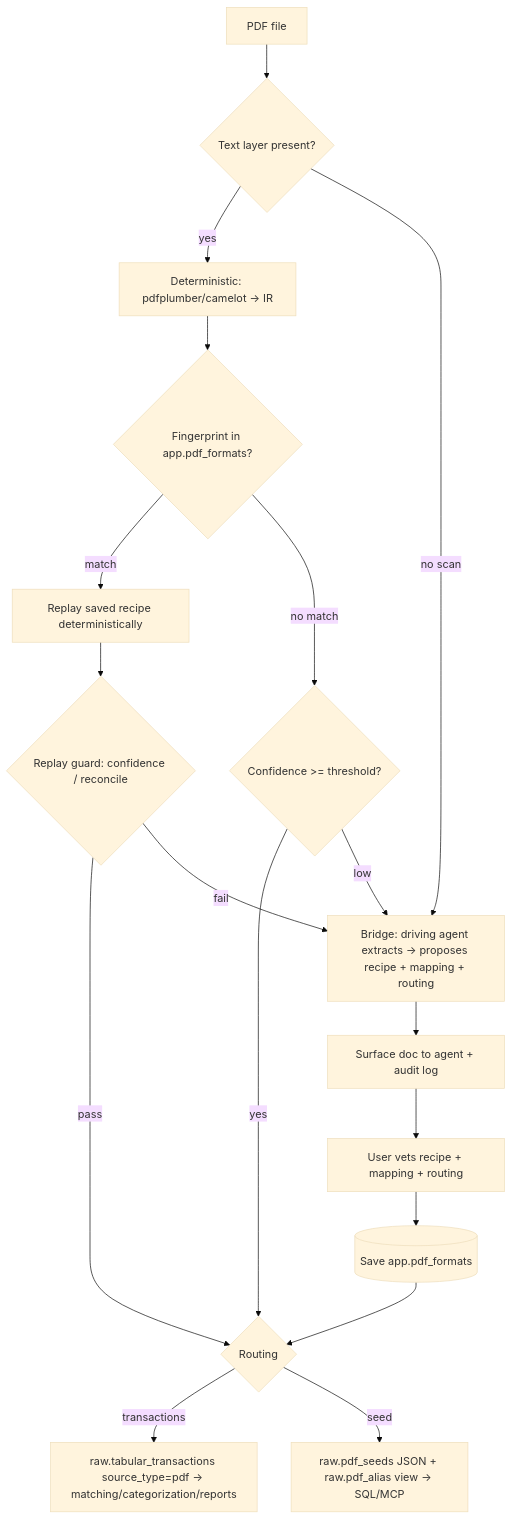
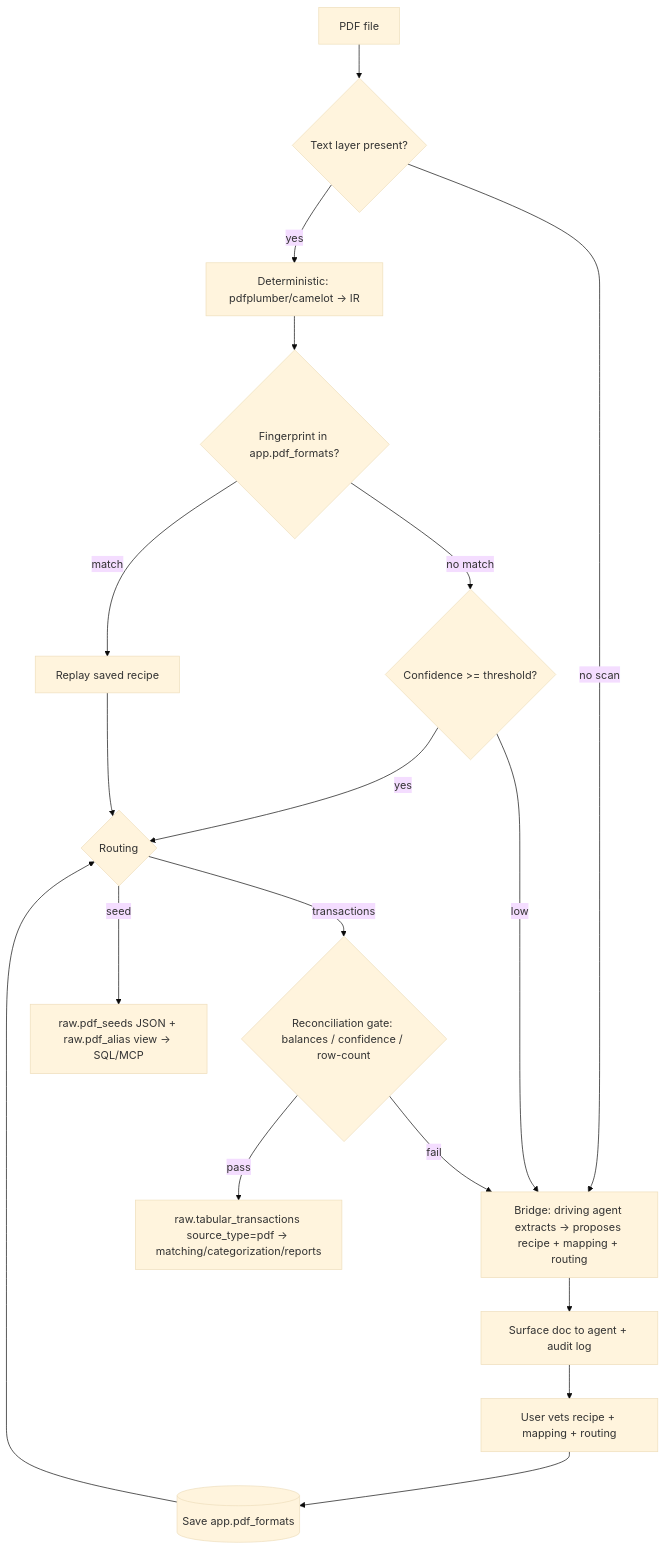
One commit to bsaffel/moneybin changed the diagram in docs/specs/smart-import-pdf.md. Above: the diagram before and after it, drawn with Mermaid (base theme). The commit also changed other lines of this file, not shown here.

Commit message:
Enforce reconciliation gate on every transaction load
Generalize Req 9 from a replay-only guard to a reconciliation gate that
runs before any transaction-routed load — first-seen deterministic,
replayed, or bridge-authored — closing the silent-corruption path on
first-time imports (Codex P1 on #221). Move the mermaid gate to the
transactions edge; update the Req 9a reference. Seeds bypass the gate
(no schema contract).

````diff
--- a/docs/specs/smart-import-pdf.md
+++ b/docs/specs/smart-import-pdf.md
@@ -157,21 +157,21 @@
 ```mermaid
 flowchart TD
     A[PDF file] --> B{Text layer present?}
     B -- yes --> C[Deterministic: pdfplumber/camelot -> IR]
     B -- no scan --> BR
     C --> F{Fingerprint in app.pdf_formats?}
-    F -- match --> R[Replay saved recipe deterministically]
+    F -- match --> R[Replay saved recipe]
     F -- no match --> S{Confidence >= threshold?}
     S -- yes --> ROUTE
     S -- low --> BR[Bridge: driving agent extracts -> proposes recipe + mapping + routing]
     BR --> NOTICE[Surface doc to agent + audit log]
     NOTICE --> VET[User vets recipe + mapping + routing]
     VET --> SAVE[(Save app.pdf_formats)]
     SAVE --> ROUTE
-    R --> GUARD{Replay guard: confidence / reconcile}
-    GUARD -- pass --> ROUTE
+    R --> ROUTE
+    ROUTE{Routing}
+    ROUTE -- transactions --> GUARD{Reconciliation gate: balances / confidence / row-count}
+    GUARD -- pass --> T[raw.tabular_transactions source_type=pdf -> matching/categorization/reports]
     GUARD -- fail --> BR
-    ROUTE{Routing}
-    ROUTE -- transactions --> T[raw.tabular_transactions source_type=pdf -> matching/categorization/reports]
     ROUTE -- seed --> SEED[raw.pdf_seeds JSON + raw.pdf_alias view -> SQL/MCP]
 ```
````
